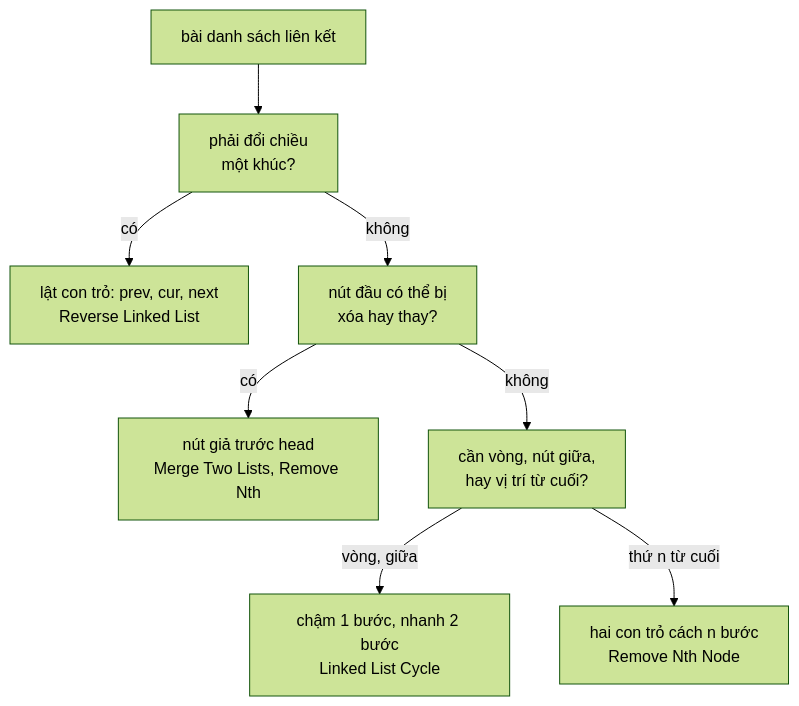
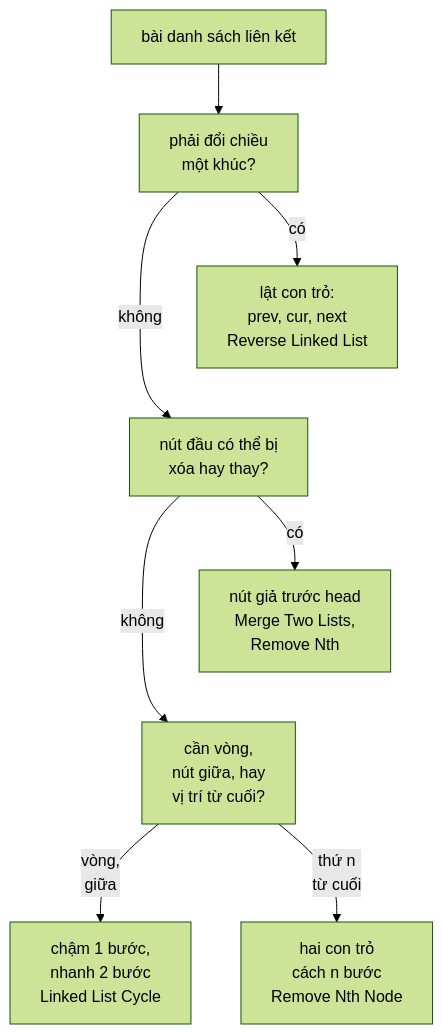
The diagram in content/posts/2026-11-24-neetcode-linked-list.md (duongbui234/software-engineering-atlas), drawn with Mermaid (forest theme) before and after one commit. The commit also changed 134 other files, not shown here.

First line of the commit message:
Fit every Mermaid diagram at 390px without sideways scroll (#56)

````diff
--- a/content/posts/2026-11-24-neetcode-linked-list.md
+++ b/content/posts/2026-11-24-neetcode-linked-list.md
@@ -53,10 +53,12 @@
 ```mermaid
 flowchart TB
   A["bài danh sách liên kết"] --> B["phải đổi chiều<br/>một khúc?"]
-  B -->|"có"| C["lật con trỏ: prev, cur, next<br/>Reverse Linked List"]
+  B -->|"có"| C["lật con trỏ:<br/>prev, cur, next<br/>Reverse Linked List"]
   B -->|"không"| D["nút đầu có thể bị<br/>xóa hay thay?"]
-  D -->|"có"| E["nút giả trước head<br/>Merge Two Lists, Remove Nth"]
-  D -->|"không"| F["cần vòng, nút giữa,<br/>hay vị trí từ cuối?"]
-  F -->|"vòng, giữa"| G["chậm 1 bước, nhanh 2 bước<br/>Linked List Cycle"]
-  F -->|"thứ n từ cuối"| H["hai con trỏ cách n bước<br/>Remove Nth Node"]
+  D -->|"có"| E["nút giả trước head<br/>Merge Two Lists,<br/>Remove Nth"]
+  D -->|"không"| F["cần vòng,<br/>nút giữa, hay<br/>vị trí từ cuối?"]
+  F -->|"vòng,<br/>giữa"| G["chậm 1 bước,<br/>nhanh 2 bước<br/>Linked List Cycle"]
+  F -->|"thứ n<br/>từ cuối"| H["hai con trỏ<br/>cách n bước<br/>Remove Nth Node"]
+  C ~~~ D
+  E ~~~ F
 ```
````
